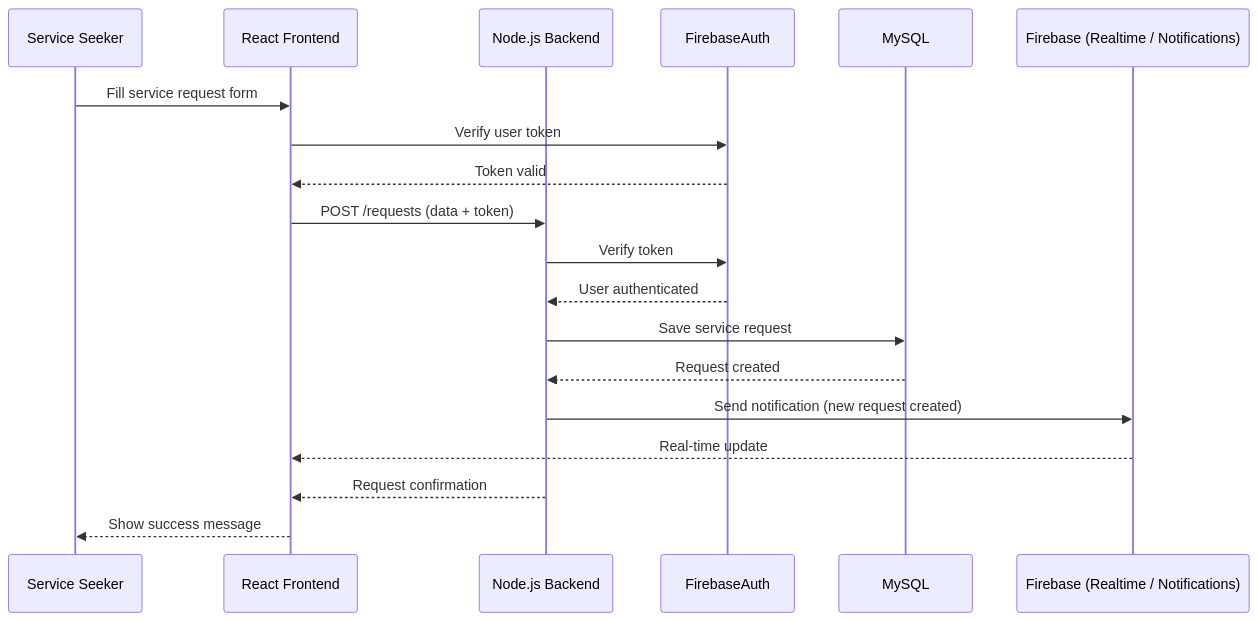
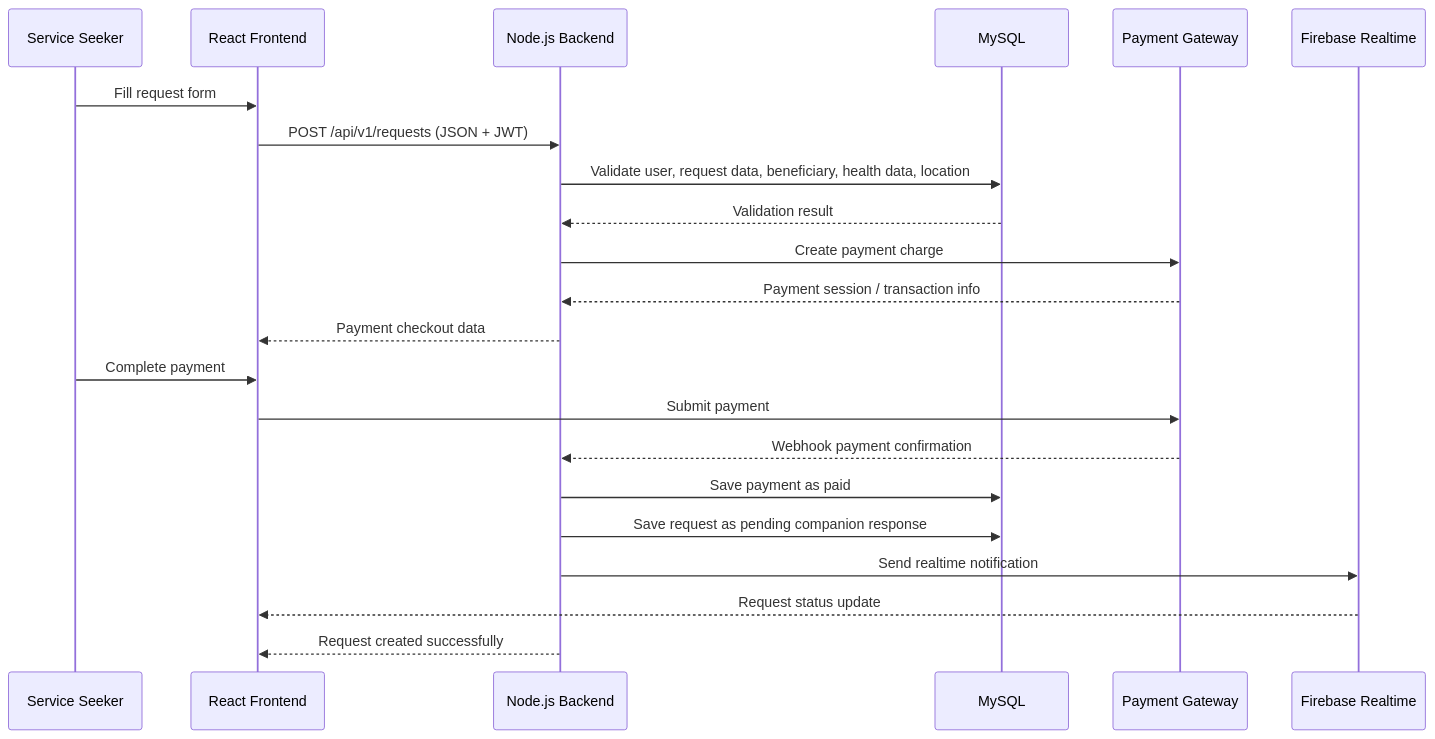
One commit to aziz5g-tech/holbertonschool-portfolio-project changed the first of 3 diagrams in Stage 3/3. Create High-Level Sequence Diagrams/High-Level Sequence Diagrams.md. Above: the diagram before and after it, drawn with Mermaid. The commit also changed other lines of this file, not shown here.

Commit message:
Fix: sequence diagrams for service requests

````diff
--- a/Stage 3/3. Create High-Level Sequence Diagrams/High-Level Sequence Diagrams.md
+++ b/Stage 3/3. Create High-Level Sequence Diagrams/High-Level Sequence Diagrams.md
@@ -5,27 +4,27 @@
 ```mermaid
 sequenceDiagram
     participant User as Service Seeker
     participant Frontend as React Frontend
-    participant API as Node.js Backend
-    participant FirebaseAuth
+    participant Backend as Node.js Backend
     participant MySQL
-    participant Firebase as Firebase (Realtime / Notifications)
+    participant Moyasar as Payment Gateway
+    participant Firebase as Firebase Realtime
 
-    User->>Frontend: Fill service request form
-    Frontend->>FirebaseAuth: Verify user token
-    FirebaseAuth-->>Frontend: Token valid
+    User->>Frontend: Fill request form
+    Frontend->>Backend: POST /api/v1/requests (JSON + JWT)
+    Backend->>MySQL: Validate user, request data, beneficiary, health data, location
+    MySQL-->>Backend: Validation result
 
-    Frontend->>API: POST /requests (data + token)
-    API->>FirebaseAuth: Verify token
-    FirebaseAuth-->>API: User authenticated
+    Backend->>Moyasar: Create payment charge
+    Moyasar-->>Backend: Payment session / transaction info
+    Backend-->>Frontend: Payment checkout data
 
-    API->>MySQL: Save service request
-    MySQL-->>API: Request created
-
-    API->>Firebase: Send notification (new request created)
-    Firebase-->>Frontend: Real-time update
-
-    API-->>Frontend: Request confirmation
-    Frontend-->>User: Show success message
-
+    User->>Frontend: Complete payment
+    Frontend->>Moyasar: Submit payment
+    Moyasar-->>Backend: Webhook payment confirmation
+    Backend->>MySQL: Save payment as paid
+    Backend->>MySQL: Save request as pending companion response
+    Backend->>Firebase: Send realtime notification
+    Firebase-->>Frontend: Request status update
+    Backend-->>Frontend: Request created successfully
 ```
````
